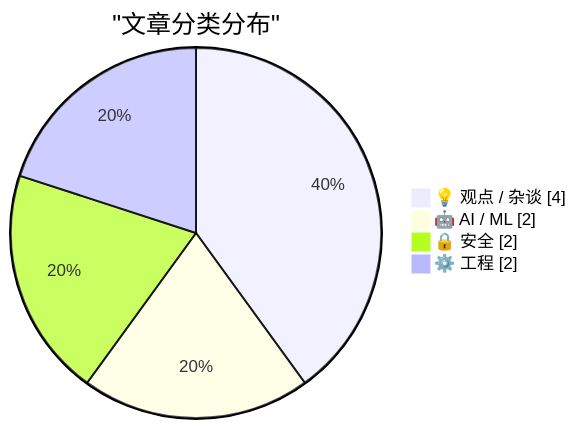
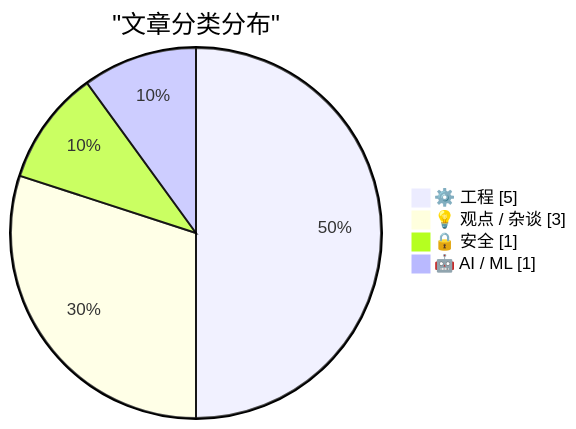
One commit to originem0/SZBlog changed the first of 2 diagrams in content/ai-daily/2026-03-07.md. Above: the diagram before and after it, drawn with Mermaid. The commit also changed other lines of this file, not shown here.

````diff
--- a/content/ai-daily/2026-03-07.md
+++ b/content/ai-daily/2026-03-07.md
@@ -54,8 +60,8 @@
 ```mermaid
 pie showData
     title "文章分类分布"
-    "💡 观点 / 杂谈" : 4
-    "🤖 AI / ML" : 2
-    "🔒 安全" : 2
-    "⚙️ 工程" : 2
+    "⚙️ 工程" : 5
+    "💡 观点 / 杂谈" : 3
+    "🔒 安全" : 1
+    "🤖 AI / ML" : 1
 ```
````
